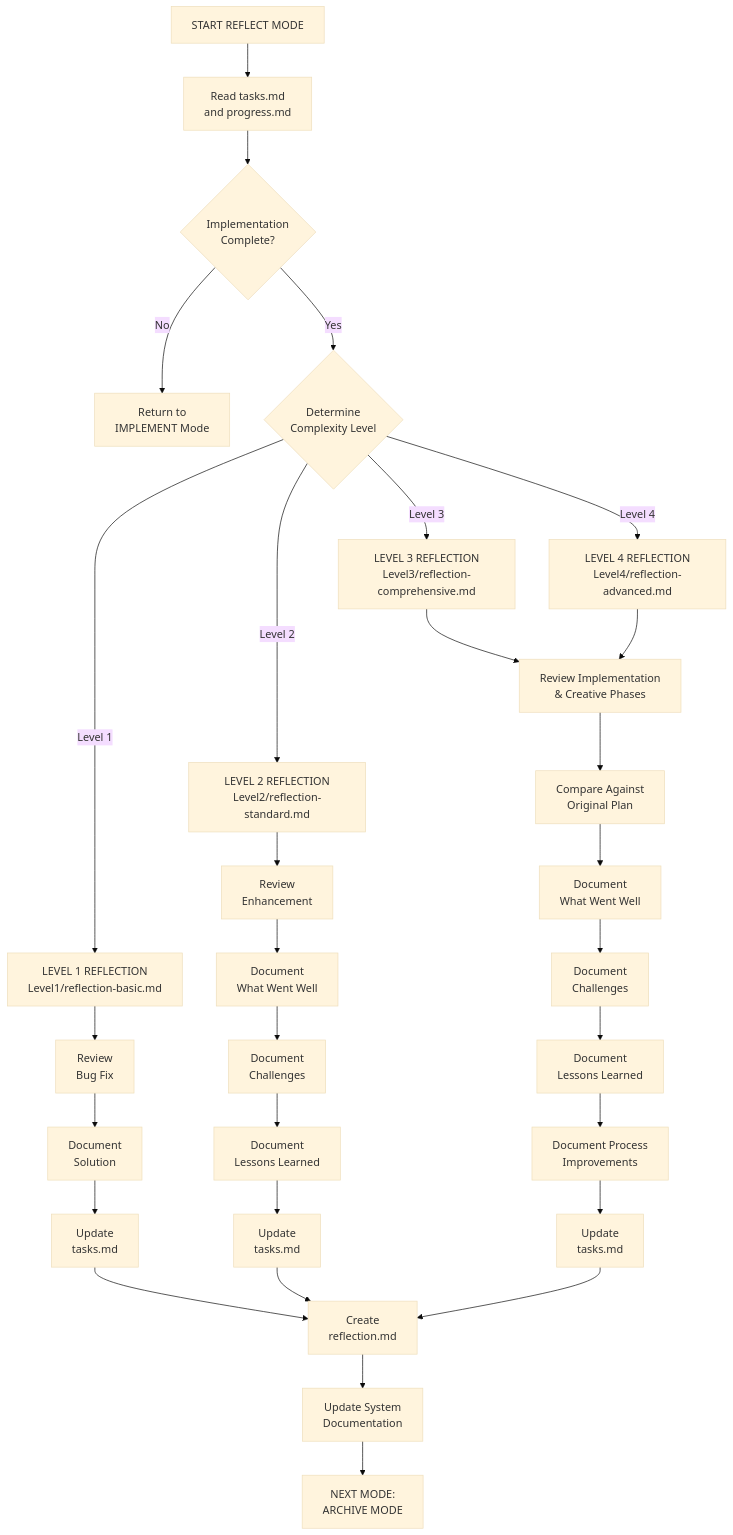
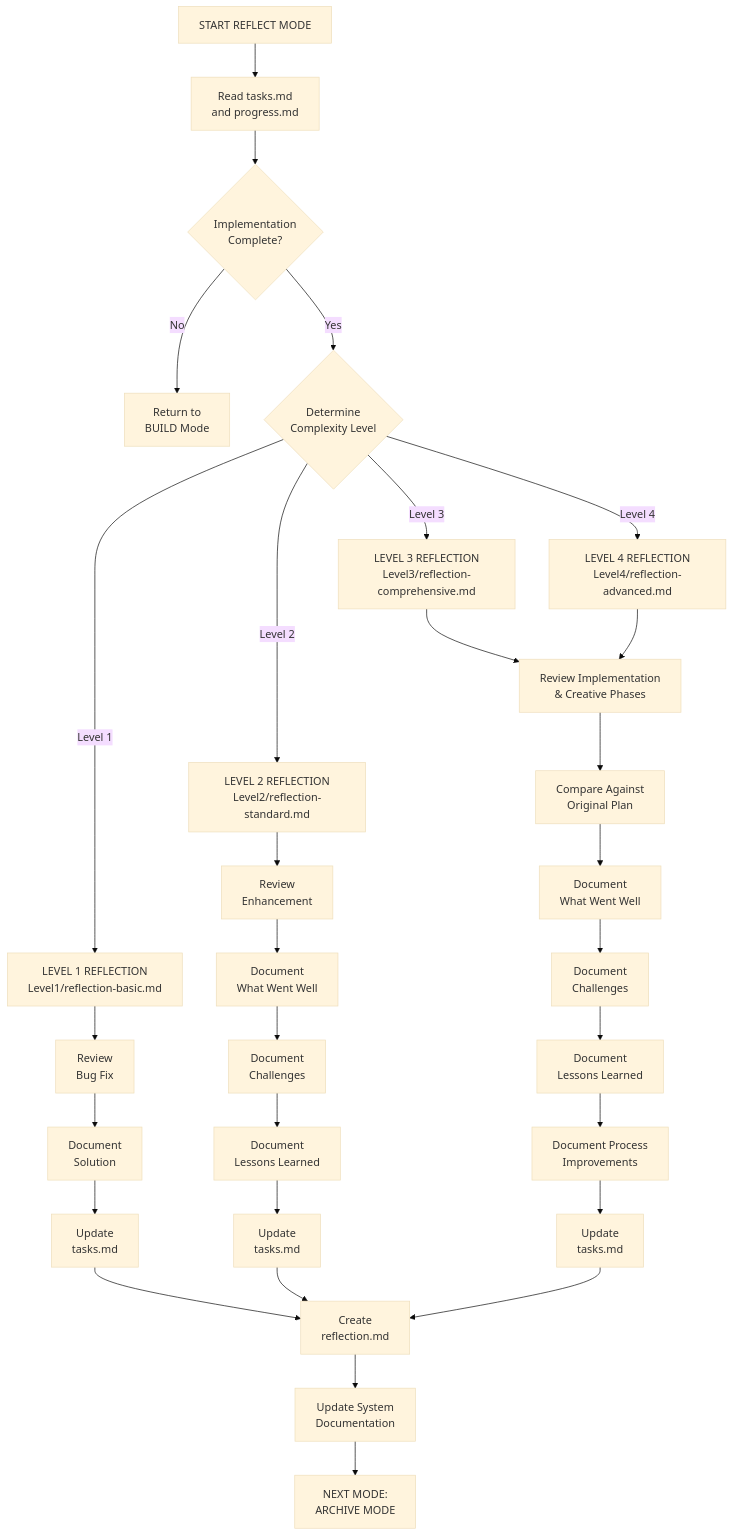
The first of 5 diagrams in .cursor/rules/isolation_rules/visual-maps/reflect-mode-map.mdc (aleasweb/cityQuest), drawn with Mermaid (base theme) before and after one commit. The commit also changed other lines of this file and 26 other files, not shown here.

````diff
--- a/.cursor/rules/isolation_rules/visual-maps/reflect-mode-map.mdc
+++ b/.cursor/rules/isolation_rules/visual-maps/reflect-mode-map.mdc
@@ -13,41 +13,41 @@
 ```mermaid
 graph TD
     Start["START REFLECT MODE"] --> ReadTasks["Read tasks.md<br>and progress.md"]
     
     %% Initial Assessment
     ReadTasks --> VerifyImplement{"Implementation<br>Complete?"}
-    VerifyImplement -->|"No"| ReturnImplement["Return to<br>IMPLEMENT Mode"]
+    VerifyImplement -->|"No"| ReturnBuild["Return to<br>BUILD Mode"]
     VerifyImplement -->|"Yes"| AssessLevel{"Determine<br>Complexity Level"}
     
     %% Level-Based Reflection
     AssessLevel -->|"Level 1"| L1Reflect["LEVEL 1 REFLECTION<br>Level1/reflection-basic.md"]
     AssessLevel -->|"Level 2"| L2Reflect["LEVEL 2 REFLECTION<br>Level2/reflection-standard.md"]
     AssessLevel -->|"Level 3"| L3Reflect["LEVEL 3 REFLECTION<br>Level3/reflection-comprehensive.md"]
     AssessLevel -->|"Level 4"| L4Reflect["LEVEL 4 REFLECTION<br>Level4/reflection-advanced.md"]
     
     %% Level 1 Reflection (Quick)
     L1Reflect --> L1Review["Review<br>Bug Fix"]
     L1Review --> L1Document["Document<br>Solution"]
     L1Document --> L1Update["Update<br>tasks.md"]
     
     %% Level 2 Reflection (Standard)
     L2Reflect --> L2Review["Review<br>Enhancement"]
     L2Review --> L2WWW["Document<br>What Went Well"]
     L2WWW --> L2Challenges["Document<br>Challenges"]
     L2Challenges --> L2Lessons["Document<br>Lessons Learned"]
     L2Lessons --> L2Update["Update<br>tasks.md"]
     
     %% Level 3-4 Reflection (Comprehensive)
     L3Reflect & L4Reflect --> L34Review["Review Implementation<br>& Creative Phases"]
     L34Review --> L34Plan["Compare Against<br>Original Plan"]
     L34Plan --> L34WWW["Document<br>What Went Well"]
     L34WWW --> L34Challenges["Document<br>Challenges"]
     L34Challenges --> L34Lessons["Document<br>Lessons Learned"]
     L34Lessons --> L34ImproveProcess["Document Process<br>Improvements"]
     L34ImproveProcess --> L34Update["Update<br>tasks.md"]
     
     %% Completion & Transition
     L1Update & L2Update & L34Update --> CreateReflection["Create<br>reflection.md"]
     CreateReflection --> UpdateSystem["Update System<br>Documentation"]
     UpdateSystem --> Transition["NEXT MODE:<br>ARCHIVE MODE"]
 ```
````
